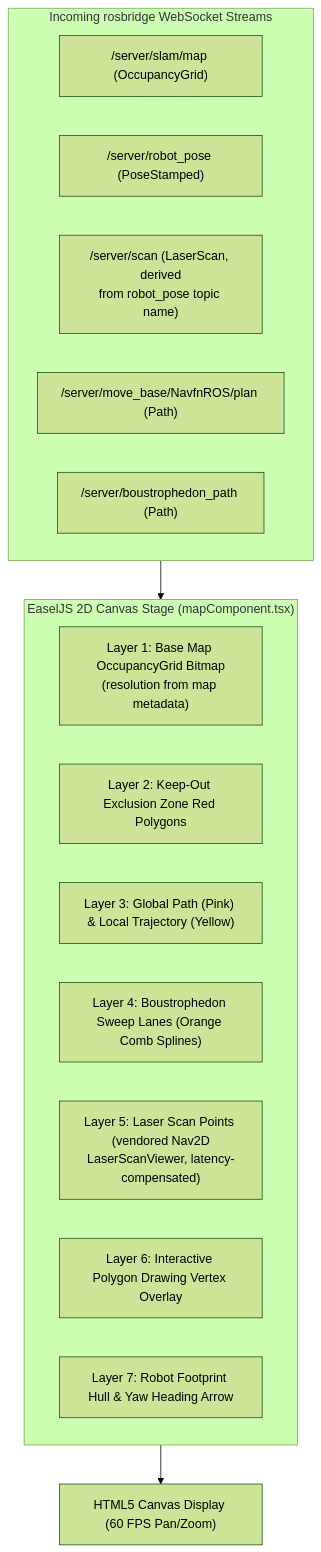
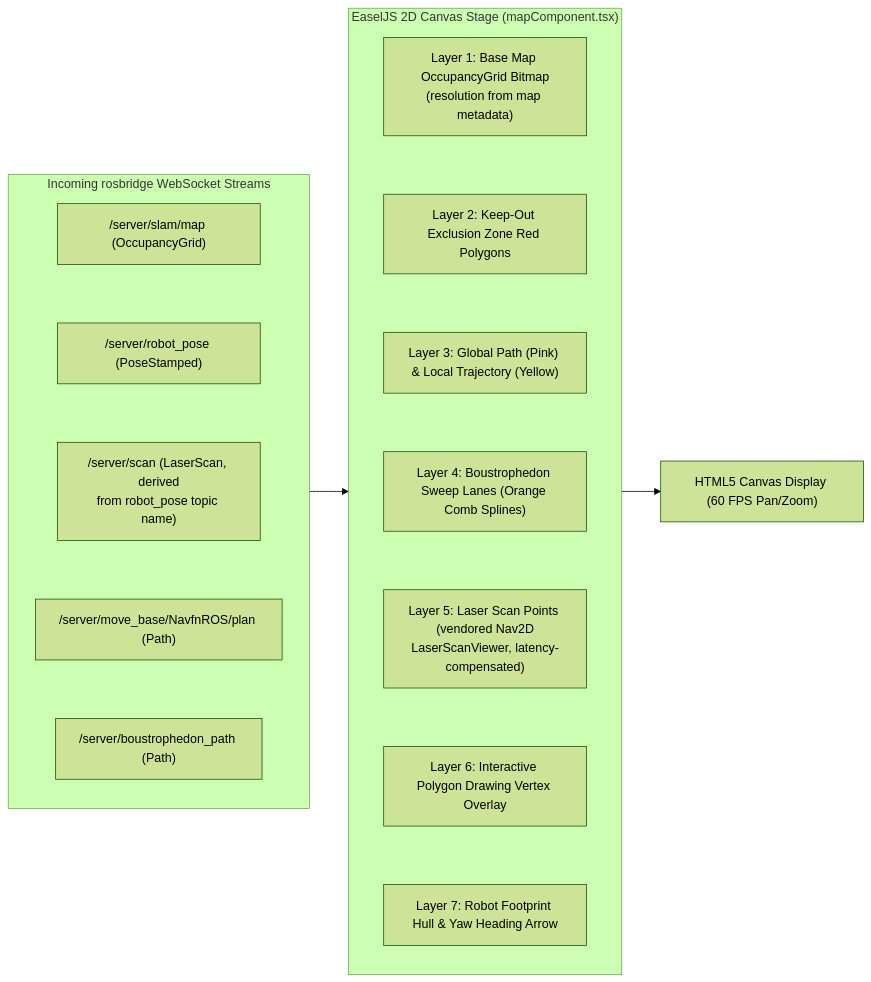
Before and after one commit to itbdelaboprogramming/msd700_documentation: the diagram in docs/development/frontend-canvas.md, drawn with Mermaid (forest theme). The commit also changed other lines of this file and 340 other files, not shown here.

````diff
--- a/docs/development/frontend-canvas.md
+++ b/docs/development/frontend-canvas.md
@@ -16,23 +16,27 @@
 ```mermaid
-flowchart TD
+flowchart LR
   subgraph rosbridgeWS["Incoming rosbridge WebSocket Streams"]
+    direction TB
     OCC_MSG["/server/slam/map (OccupancyGrid)"]
     POSE_MSG["/server/robot_pose (PoseStamped)"]
     SCAN_MSG["/server/scan (LaserScan, derived<br/>from robot_pose topic name)"]
     PATH_MSG["/server/move_base/NavfnROS/plan (Path)"]
     BOSTRO_MSG["/server/boustrophedon_path (Path)"]
   end
 
   subgraph StagePipeline["EaselJS 2D Canvas Stage (mapComponent.tsx)"]
+    direction TB
     L1["Layer 1: Base Map OccupancyGrid Bitmap<br/>(resolution from map metadata)"]
     L2["Layer 2: Keep-Out Exclusion Zone Red Polygons"]
     L3["Layer 3: Global Path (Pink) & Local Trajectory (Yellow)"]
     L4["Layer 4: Boustrophedon Sweep Lanes (Orange Comb Splines)"]
     L5["Layer 5: Laser Scan Points (vendored Nav2D<br/>LaserScanViewer, latency-compensated)"]
     L6["Layer 6: Interactive Polygon Drawing Vertex Overlay"]
     L7["Layer 7: Robot Footprint Hull & Yaw Heading Arrow"]
   end
 
+  OCC_MSG ~~~ POSE_MSG ~~~ SCAN_MSG ~~~ PATH_MSG ~~~ BOSTRO_MSG
+  L1 ~~~ L2 ~~~ L3 ~~~ L4 ~~~ L5 ~~~ L6 ~~~ L7
   rosbridgeWS --> StagePipeline
   StagePipeline --> HTML5_CANVAS["HTML5 Canvas Display (60 FPS Pan/Zoom)"]
 ```
````
